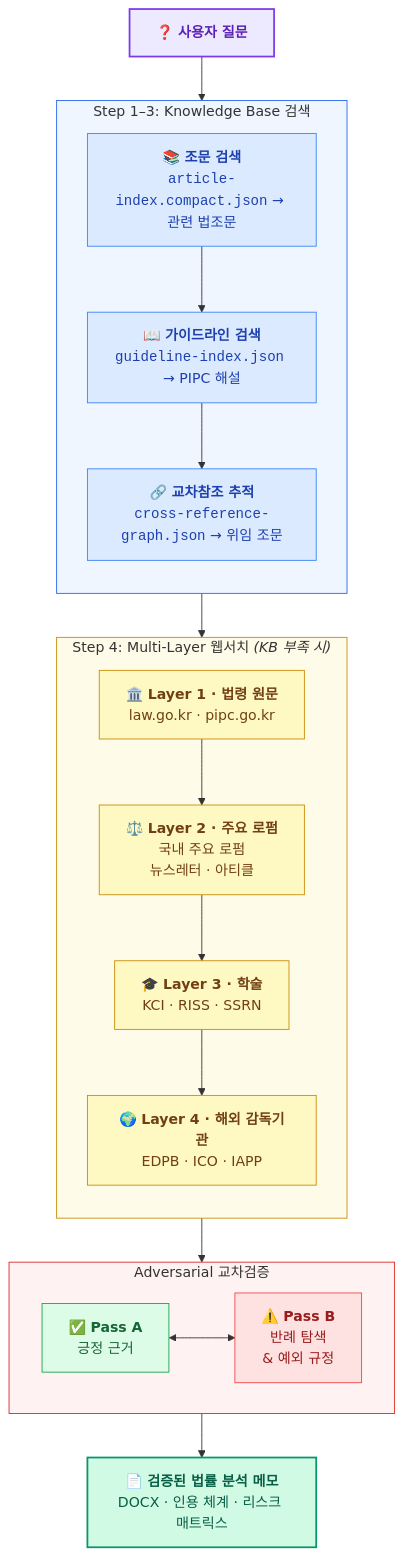
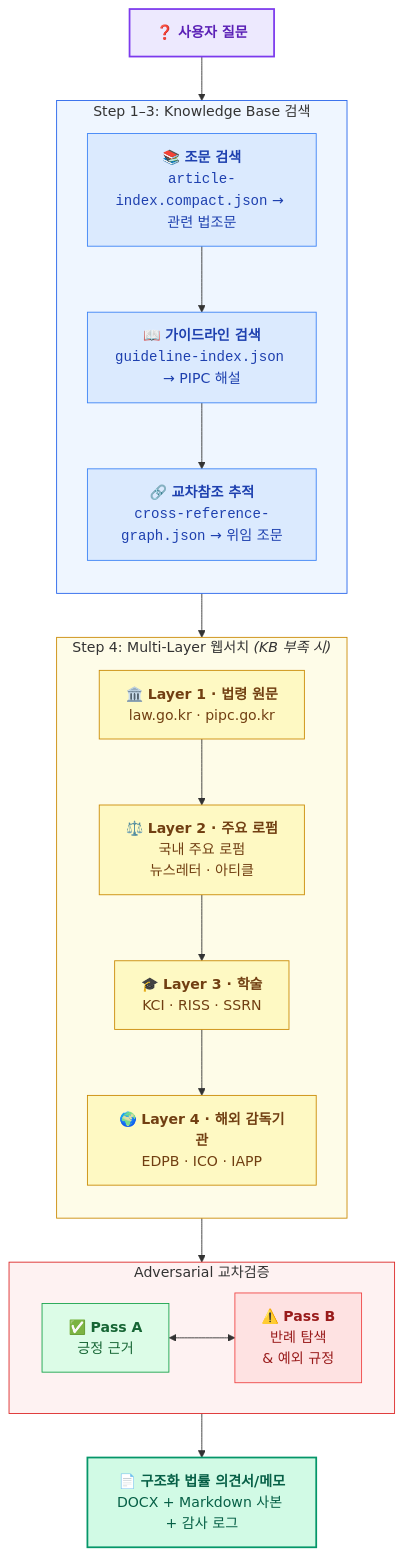
Before and after one commit to kipeum86/PIPA-expert: the second of 2 diagrams in README.ko.md, drawn with Mermaid. The commit also changed other lines of this file and 1 other file, not shown here.

````diff
--- a/README.ko.md
+++ b/README.ko.md
@@ -253,50 +253,50 @@
 ```mermaid
 flowchart TD
     Q["❓ <b>사용자 질문</b>"]
 
     subgraph kb["Step 1–3: Knowledge Base 검색"]
         direction TB
         S1["📚 <b>조문 검색</b><br/><code>article-index.compact.json</code> → 관련 법조문"]
         S2["📖 <b>가이드라인 검색</b><br/><code>guideline-index.json</code> → PIPC 해설"]
         S3["🔗 <b>교차참조 추적</b><br/><code>cross-reference-graph.json</code> → 위임 조문"]
         S1 --> S2 --> S3
     end
 
     subgraph web["Step 4: Multi-Layer 웹서치 <i>(KB 부족 시)</i>"]
         direction TB
         L1["🏛️ <b>Layer 1 · 법령 원문</b><br/>law.go.kr · pipc.go.kr"]
         L2["⚖️ <b>Layer 2 · 주요 로펌</b><br/>국내 주요 로펌<br/>뉴스레터 · 아티클"]
         L3["🎓 <b>Layer 3 · 학술</b><br/>KCI · RISS · SSRN"]
         L4["🌍 <b>Layer 4 · 해외 감독기관</b><br/>EDPB · ICO · IAPP"]
         L1 --> L2 --> L3 --> L4
     end
 
     subgraph verify["Adversarial 교차검증"]
         direction LR
         PA["✅ <b>Pass A</b><br/>긍정 근거"]
         PB["⚠️ <b>Pass B</b><br/>반례 탐색<br/>&amp; 예외 규정"]
         PA <--> PB
     end
 
-    O["📄 <b>검증된 법률 분석 메모</b><br/>DOCX · 인용 체계 · 리스크 매트릭스"]
+    O["📄 <b>구조화 법률 의견서/메모</b><br/>DOCX + Markdown 사본 + 감사 로그"]
 
     Q --> kb
     kb --> web
     web --> verify
     verify --> O
 
     style Q fill:#ede9fe,stroke:#7c3aed,stroke-width:2px,color:#5b21b6
     style kb fill:#eff6ff,stroke:#2563eb,stroke-width:1px
     style web fill:#fefce8,stroke:#ca8a04,stroke-width:1px
     style verify fill:#fef2f2,stroke:#dc2626,stroke-width:1px
     style O fill:#d1fae5,stroke:#059669,stroke-width:2px,color:#065f46
     style S1 fill:#dbeafe,stroke:#3b82f6,color:#1e40af
     style S2 fill:#dbeafe,stroke:#3b82f6,color:#1e40af
     style S3 fill:#dbeafe,stroke:#3b82f6,color:#1e40af
     style L1 fill:#fef9c3,stroke:#ca8a04,color:#713f12
     style L2 fill:#fef9c3,stroke:#ca8a04,color:#713f12
     style L3 fill:#fef9c3,stroke:#ca8a04,color:#713f12
     style L4 fill:#fef9c3,stroke:#ca8a04,color:#713f12
     style PA fill:#dcfce7,stroke:#16a34a,color:#166534
     style PB fill:#fee2e2,stroke:#ef4444,color:#991b1b
 ```
````
